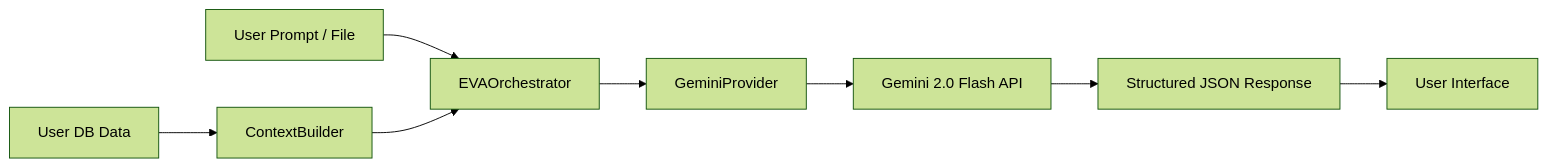
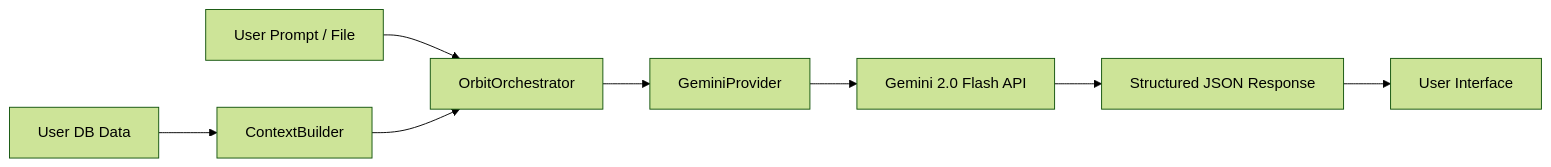
Before and after one commit to saidurgaphani/Orbit: the first of 4 diagrams in README.md, drawn with Mermaid (forest theme). The commit also changed other lines of this file and 32 other files, not shown here.

````diff
--- a/README.md
+++ b/README.md
@@ -104,10 +104,10 @@
 ```mermaid
 flowchart LR
     UserData[User DB Data] --> Builder[ContextBuilder]
-    UserRequest[User Prompt / File] --> Orchestrator[EVAOrchestrator]
+    UserRequest[User Prompt / File] --> Orchestrator[OrbitOrchestrator]
     Builder --> Orchestrator
     Orchestrator --> Provider[GeminiProvider]
     Provider --> Gemini[Gemini 2.0 Flash API]
     Gemini --> StructuredRes[Structured JSON Response]
     StructuredRes --> UI[User Interface]
 ```
````
